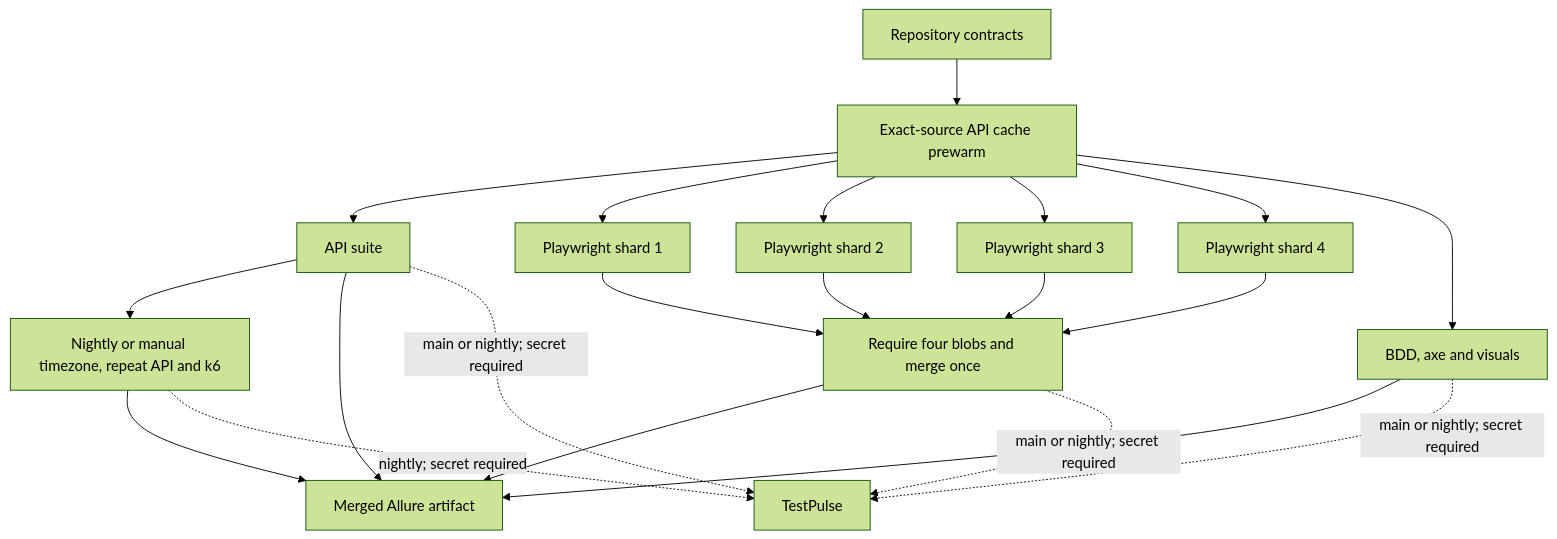
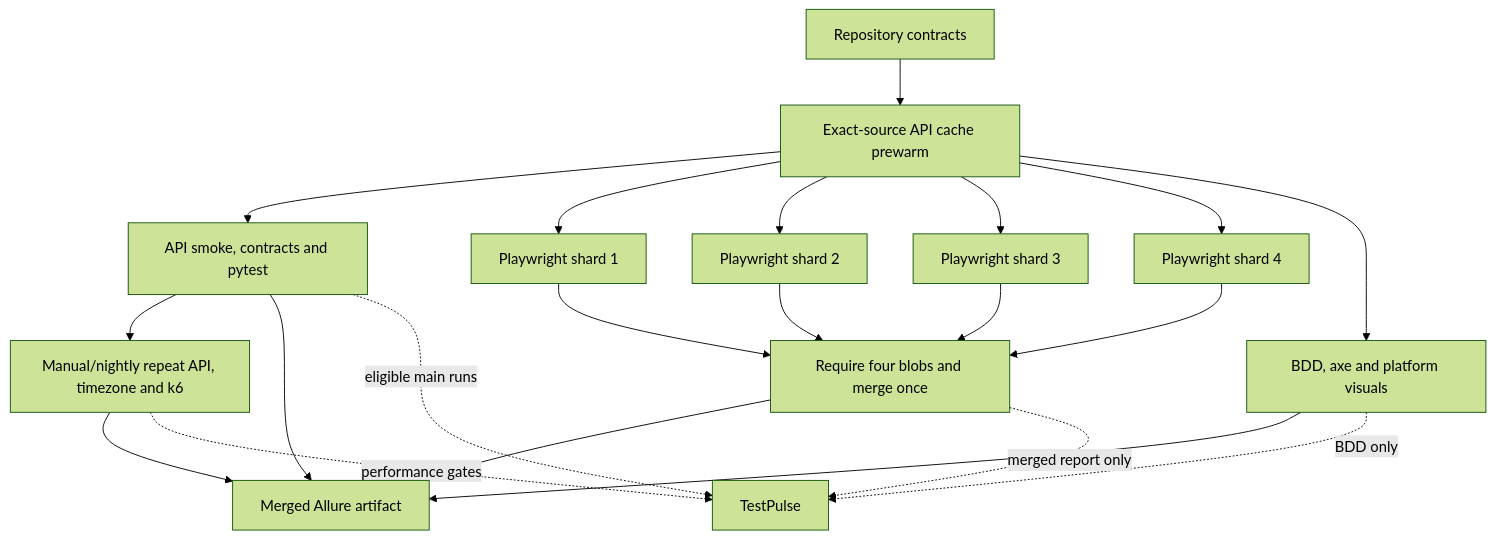
The diagram in README.md (Mohanad49/caldiy-qa-strategy), drawn with Mermaid (forest theme) before and after one commit. The commit also changed other lines of this file and 10 other files, not shown here.

````diff
--- a/README.md
+++ b/README.md
@@ -99,23 +87,23 @@
 ```mermaid
 flowchart TD
-    V[Repository contracts] --> P[Exact-source API cache prewarm]
-    P --> A[API suite]
+    V["Repository contracts"] --> P["Exact-source API cache prewarm"]
+    P --> A["API smoke, contracts and pytest"]
     P --> S1[Playwright shard 1]
     P --> S2[Playwright shard 2]
     P --> S3[Playwright shard 3]
     P --> S4[Playwright shard 4]
-    P --> B[BDD, axe and visuals]
-    A --> N[Nightly or manual timezone, repeat API and k6]
-    S1 --> M[Require four blobs and merge once]
+    P --> B["BDD, axe and platform visuals"]
+    A --> N["Manual/nightly repeat API, timezone and k6"]
+    S1 --> M["Require four blobs and merge once"]
     S2 --> M
     S3 --> M
     S4 --> M
-    A --> R[Merged Allure artifact]
+    A --> R["Merged Allure artifact"]
     M --> R
     B --> R
     N --> R
-    A -. main or nightly; secret required .-> T[TestPulse]
-    M -. main or nightly; secret required .-> T
-    B -. main or nightly; secret required .-> T
-    N -. nightly; secret required .-> T
+    A -. eligible main runs .-> T["TestPulse"]
+    M -. merged report only .-> T
+    B -. BDD only .-> T
+    N -. performance gates .-> T
 ```
````
